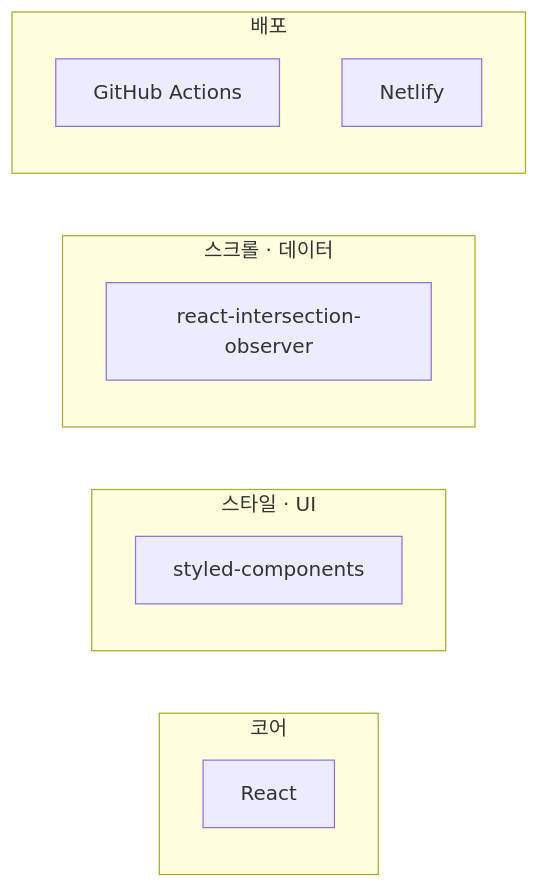
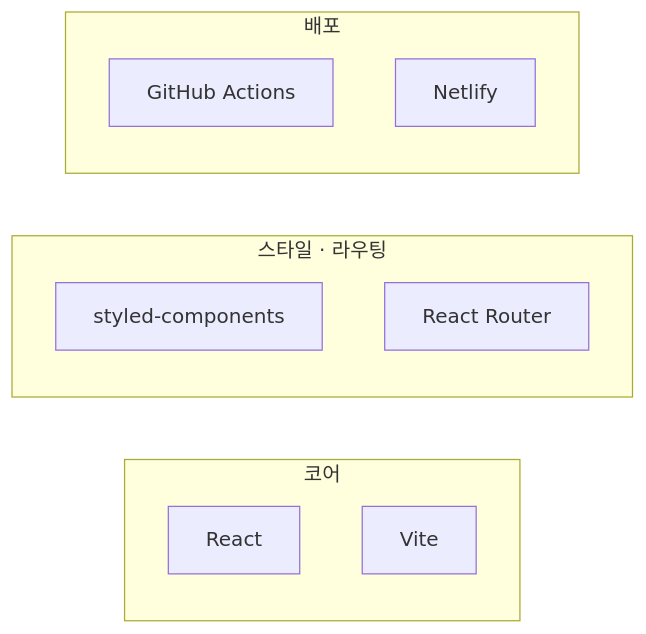
Before and after one commit to codefug/codefug.github.io: the first of 5 diagrams in markdown/2024-05-20-project/ko/content.mdx, drawn with Mermaid. The commit also changed 5 other files, not shown here.

````diff
--- a/markdown/2024-05-20-project/ko/content.mdx
+++ b/markdown/2024-05-20-project/ko/content.mdx
@@ -17,16 +17,15 @@
 ```mermaid
 flowchart LR
   subgraph core["코어"]
     A["React"]
+    B["Vite"]
   end
-  subgraph ui["스타일 · UI"]
-    B["styled-components"]
-  end
-  subgraph data["스크롤 · 데이터"]
-    C["react-intersection-observer"]
+  subgraph ui["스타일 · 라우팅"]
+    C["styled-components"]
+    D["React Router"]
   end
   subgraph infra["배포"]
-    D["GitHub Actions"]
-    E["Netlify"]
+    E["GitHub Actions"]
+    F["Netlify"]
   end
 ```
````
